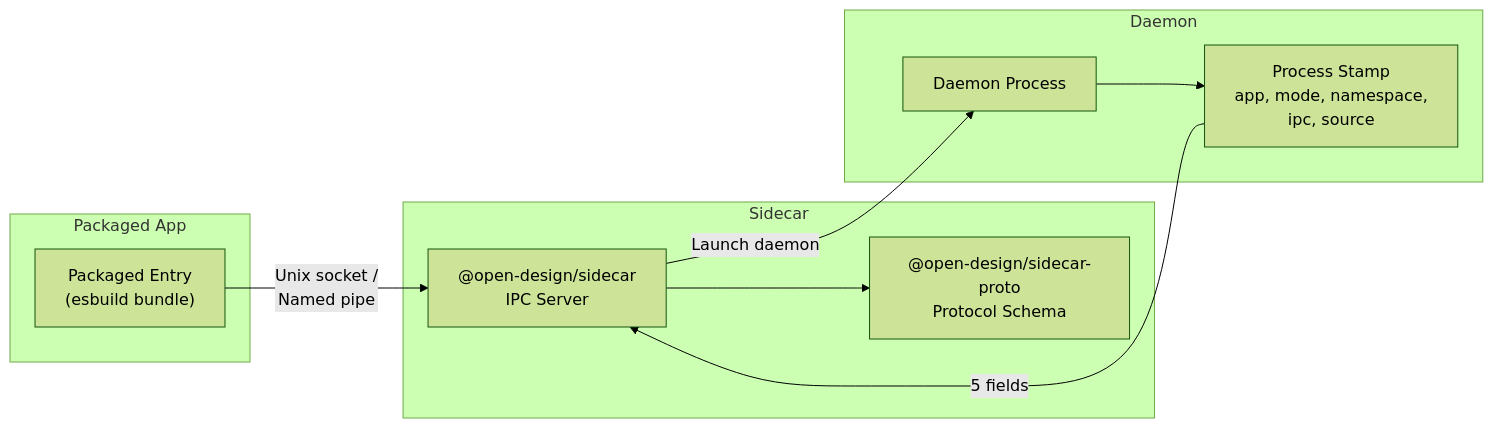
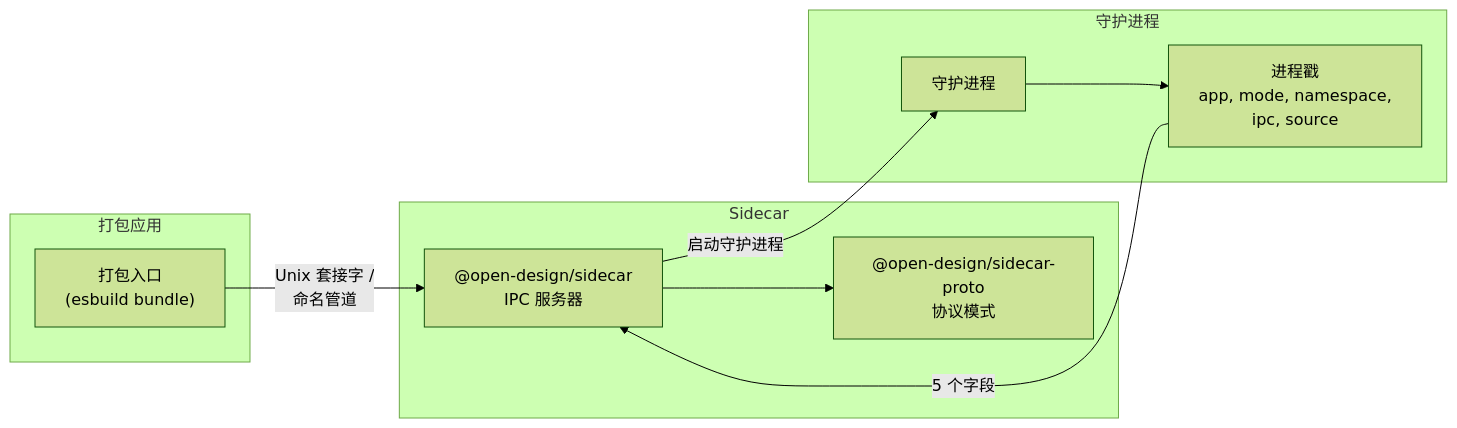
The eighth of 12 diagrams in docs/codebase/ARCHITECTURE.md (nmsn/open-design), drawn with Mermaid (forest theme) before and after one commit. The commit also changed other lines of this file and 2 other files, not shown here.

````diff
--- a/docs/codebase/ARCHITECTURE.md
+++ b/docs/codebase/ARCHITECTURE.md
@@ -224,22 +224,22 @@
 ```mermaid
 graph LR
-    subgraph "Packaged App"
-        PackagedEntry["Packaged Entry<br/>(esbuild bundle)"]
+    subgraph "打包应用"
+        PackagedEntry["打包入口<br/>(esbuild bundle)"]
     end
 
     subgraph "Sidecar"
-        SidecarRuntime["@open-design/sidecar<br/>IPC Server"]
-        SidecarProto["@open-design/sidecar-proto<br/>Protocol Schema"]
+        SidecarRuntime["@open-design/sidecar<br/>IPC 服务器"]
+        SidecarProto["@open-design/sidecar-proto<br/>协议模式"]
     end
 
-    subgraph "Daemon"
-        DaemonProcess["Daemon Process"]
-        Stamp["Process Stamp<br/>app, mode, namespace,<br/>ipc, source"]
+    subgraph "守护进程"
+        DaemonProcess["守护进程"]
+        Stamp["进程戳<br/>app, mode, namespace,<br/>ipc, source"]
     end
 
-    PackagedEntry -->|"Unix socket /<br/>Named pipe"| SidecarRuntime
+    PackagedEntry -->|"Unix 套接字 /<br/>命名管道"| SidecarRuntime
     SidecarRuntime --> SidecarProto
-    SidecarRuntime -->|"Launch daemon"| DaemonProcess
+    SidecarRuntime -->|"启动守护进程"| DaemonProcess
     DaemonProcess --> Stamp
-    Stamp -->|"5 fields"| SidecarRuntime
+    Stamp -->|"5 个字段"| SidecarRuntime
 ```
````
